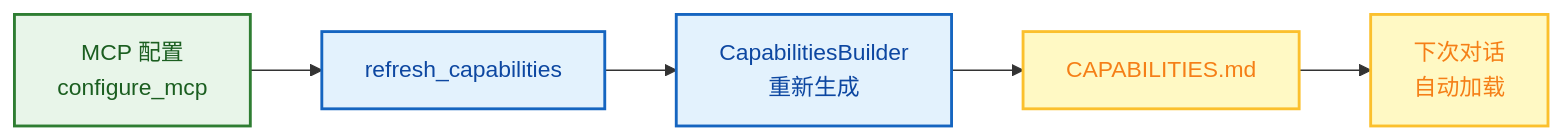
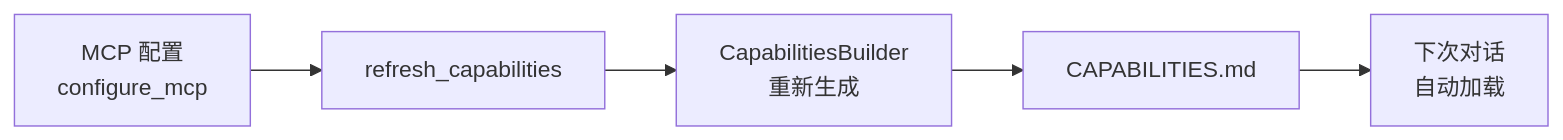
One commit to zhangjingyuan177-hue/FinchBot changed the sixth of 16 diagrams in docs/zh-CN/blog/finchbot-flexible-ai-agent-framework.md. Above: the diagram before and after it, drawn with Mermaid. The commit also changed other lines of this file and 7 other files, not shown here.

````diff
--- a/docs/zh-CN/blog/finchbot-flexible-ai-agent-framework.md
+++ b/docs/zh-CN/blog/finchbot-flexible-ai-agent-framework.md
@@ -357,8 +340,4 @@
 ```mermaid
 flowchart LR
-    classDef config fill:#e8f5e9,stroke:#2e7d32,stroke-width:2px,color:#1b5e20;
-    classDef system fill:#e3f2fd,stroke:#1565c0,stroke-width:2px,color:#0d47a1;
-    classDef prompt fill:#fff9c4,stroke:#fbc02d,stroke-width:2px,color:#f57f17;
-
-    MCP[MCP 配置<br/>configure_mcp]:::config --> Refresh[refresh_capabilities]:::system --> Builder[CapabilitiesBuilder<br/>重新生成]:::system --> Write[CAPABILITIES.md]:::prompt --> Load[下次对话<br/>自动加载]:::prompt
+    MCP[MCP 配置<br/>configure_mcp] --> Refresh[refresh_capabilities] --> Builder[CapabilitiesBuilder<br/>重新生成] --> Write[CAPABILITIES.md] --> Load[下次对话<br/>自动加载]
 ```
````
